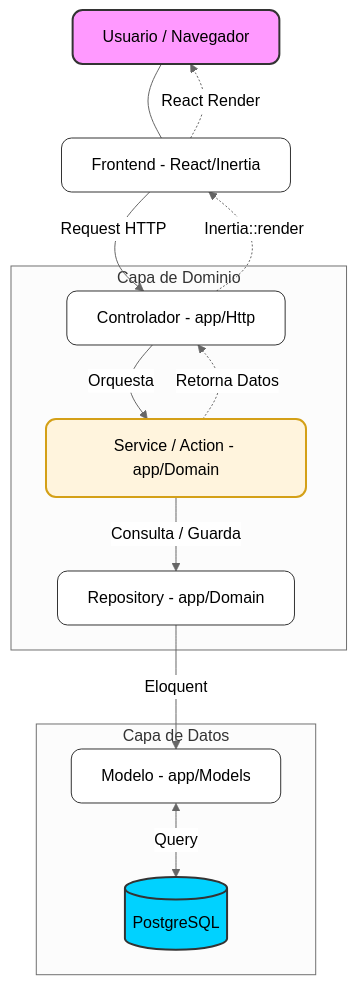
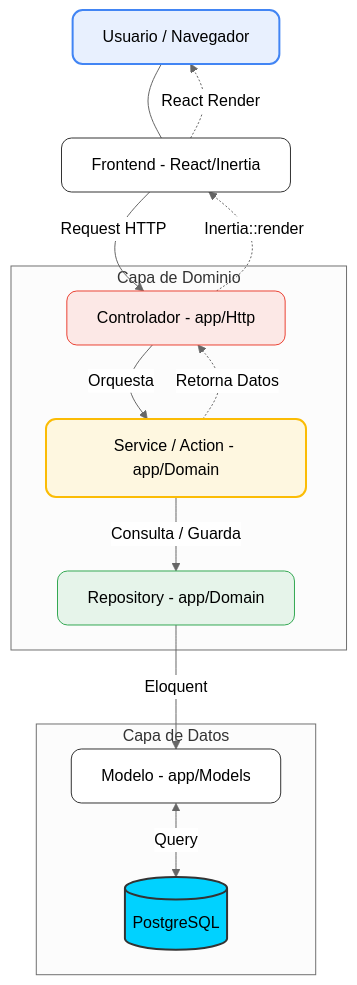
One commit to joangriful/MiKiwi changed the diagram in docs/project/ARCHITECTURE_OVERVIEW.md. Above: the diagram before and after it, drawn with Mermaid (neutral theme). The commit also changed 1 other file, not shown here.

Commit message:
docs: apply Google-style corporate colors to Mermaid diagrams

````diff
--- a/docs/project/ARCHITECTURE_OVERVIEW.md
+++ b/docs/project/ARCHITECTURE_OVERVIEW.md
@@ -11,27 +11,27 @@
 ```mermaid
 graph TD
     A[Usuario / Navegador] --- B[Frontend - React/Inertia]
     B -->|Request HTTP| C[Controlador - app/Http]
     
     subgraph "Capa de Dominio"
         C -->|Orquesta| D[Service / Action - app/Domain]
         D -->|Consulta / Guarda| E[Repository - app/Domain]
     end
     
     subgraph "Capa de Datos"
         E -->|Eloquent| F[Modelo - app/Models]
         F <-->|Query| G[(PostgreSQL)]
     end
     
     D -.->|Retorna Datos| C
     C -.->|Inertia::render| B
     B -.->|React Render| A
 
-    style A fill:#f9f,stroke:#333,stroke-width:2px,color:#000,rx:10,ry:10
+    style A fill:#E8F0FE,stroke:#4285F4,stroke-width:2px,color:#000,rx:10,ry:10
     style B fill:#fff,stroke:#333,stroke-width:1px,color:#000,rx:10,ry:10
-    style C fill:#fff,stroke:#333,stroke-width:1px,color:#000,rx:10,ry:10
-    style D fill:#fff4dd,stroke:#d4a017,stroke-width:2px,color:#000,rx:10,ry:10
-    style E fill:#fff,stroke:#333,stroke-width:1px,color:#000,rx:10,ry:10
+    style C fill:#FCE8E6,stroke:#EA4335,stroke-width:1px,color:#000,rx:10,ry:10
+    style D fill:#FEF7E0,stroke:#FBBC05,stroke-width:2px,color:#000,rx:10,ry:10
+    style E fill:#E6F4EA,stroke:#34A853,stroke-width:1px,color:#000,rx:10,ry:10
     style F fill:#fff,stroke:#333,stroke-width:1px,color:#000,rx:10,ry:10
     style G fill:#00d2ff,stroke:#333,stroke-width:2px,color:#000,rx:10,ry:10
 ```
````
